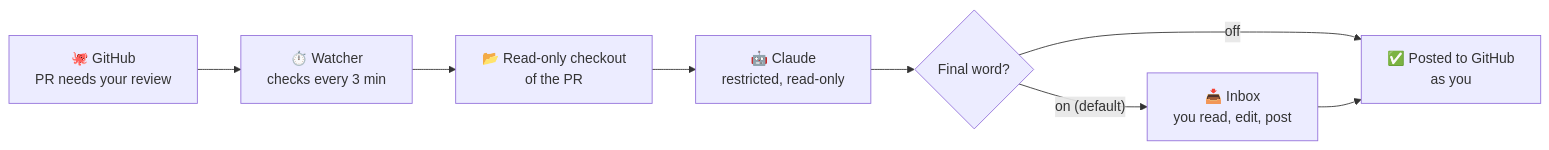
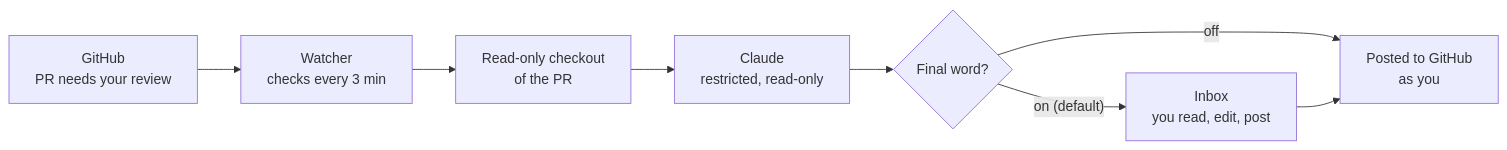
One commit to sayeemabdullah/herdr-PR-reviewer changed the diagram in README.md. Above: the diagram before and after it, drawn with Mermaid. The commit also changed other lines of this file, not shown here.

````diff
--- a/README.md
+++ b/README.md
@@ -121,10 +121,10 @@
 ```mermaid
 flowchart LR
-    gh["🐙 GitHub<br/>PR needs your review"] --> w["⏱️ Watcher<br/>checks every 3 min"]
-    w --> co["📂 Read-only checkout<br/>of the PR"]
-    co --> ai["🤖 Claude<br/>restricted, read-only"]
+    gh["GitHub<br/>PR needs your review"] --> w["Watcher<br/>checks every 3 min"]
+    w --> co["Read-only checkout<br/>of the PR"]
+    co --> ai["Claude<br/>restricted, read-only"]
     ai --> fw{"Final word?"}
-    fw -- "on (default)" --> inbox["📥 Inbox<br/>you read, edit, post"]
-    fw -- "off" --> post["✅ Posted to GitHub<br/>as you"]
+    fw -- "on (default)" --> inbox["Inbox<br/>you read, edit, post"]
+    fw -- "off" --> post["Posted to GitHub<br/>as you"]
     inbox --> post
 ```
````
